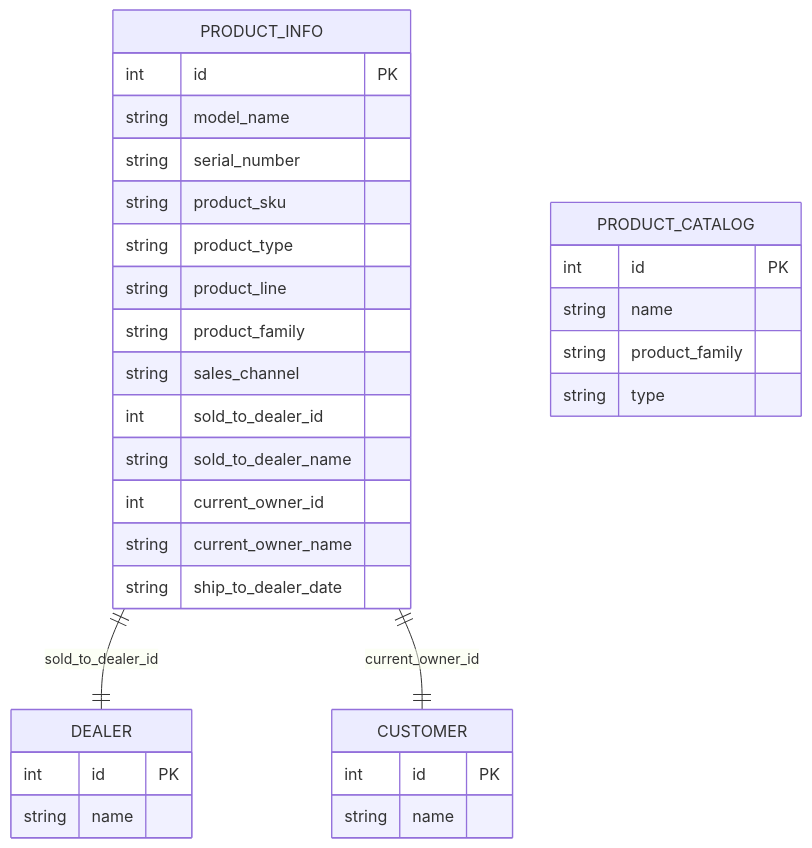
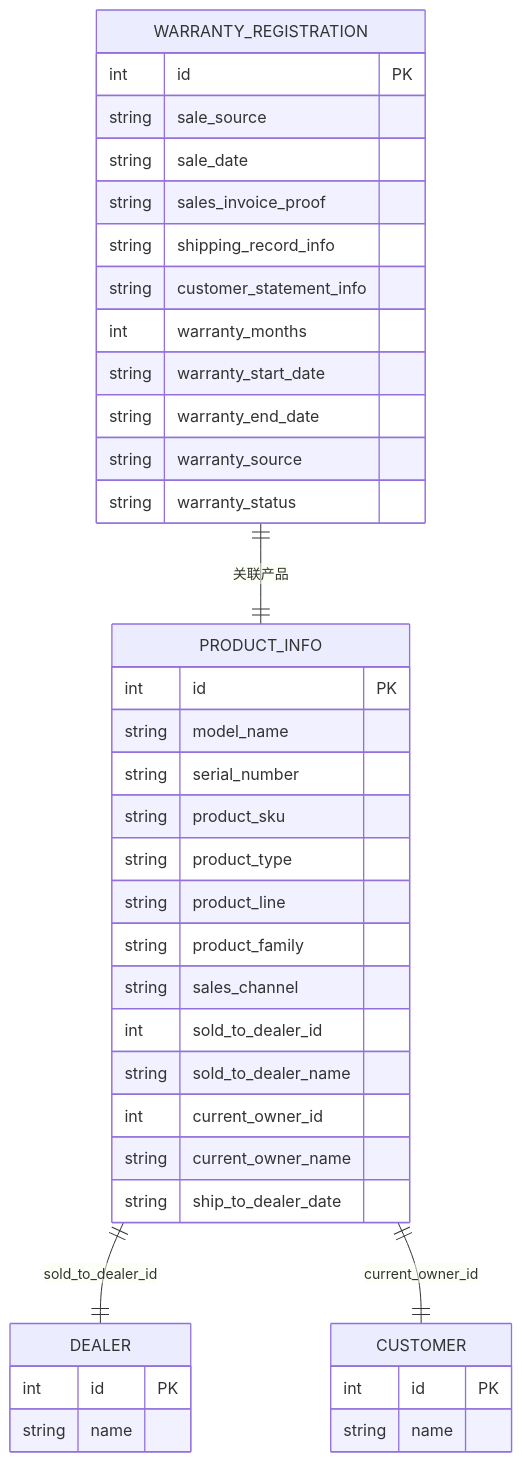
The fourth of 21 diagrams in .qoder/repowiki/zh/content/前端组件架构/保修注册模态框组件.md (CubeEdge/Longhorn), drawn with Mermaid before and after one commit. The commit also changed other lines of this file and 53 other files, not shown here.

````diff
--- a/.qoder/repowiki/zh/content/前端组件架构/保修注册模态框组件.md
+++ b/.qoder/repowiki/zh/content/前端组件架构/保修注册模态框组件.md
@@ -184,34 +206,42 @@
 ```mermaid
 erDiagram
 PRODUCT_INFO {
 int id PK
 string model_name
 string serial_number
 string product_sku
 string product_type
 string product_line
 string product_family
 string sales_channel
 int sold_to_dealer_id
 string sold_to_dealer_name
 int current_owner_id
 string current_owner_name
 string ship_to_dealer_date
 }
 DEALER {
 int id PK
 string name
 }
 CUSTOMER {
 int id PK
 string name
 }
-PRODUCT_CATALOG {
+WARRANTY_REGISTRATION {
 int id PK
-string name
-string product_family
-string type
+string sale_source
+string sale_date
+string sales_invoice_proof
+string shipping_record_info
+string customer_statement_info
+int warranty_months
+string warranty_start_date
+string warranty_end_date
+string warranty_source
+string warranty_status
 }
 PRODUCT_INFO ||--|| DEALER : "sold_to_dealer_id"
 PRODUCT_INFO ||--|| CUSTOMER : "current_owner_id"
+WARRANTY_REGISTRATION ||--|| PRODUCT_INFO : "关联产品"
 ```
````
